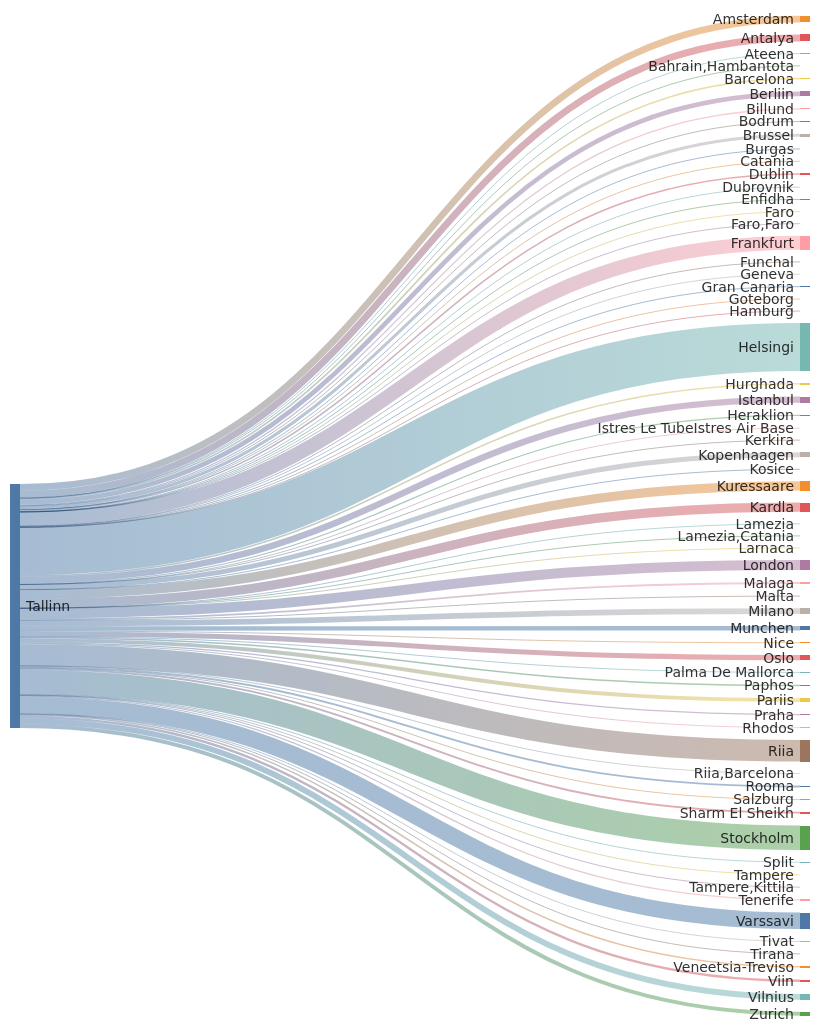
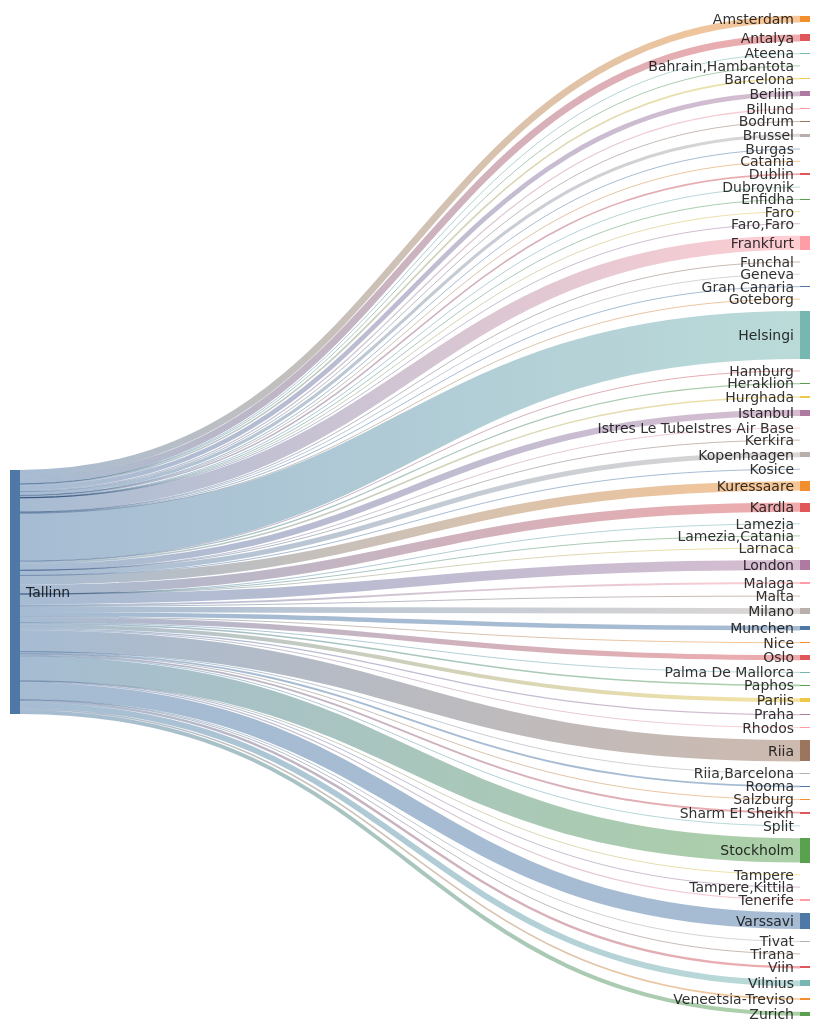
The second of 2 diagrams in README.md (rainermesi/tll-airport-departures), drawn with Mermaid before and after one commit. The commit also changed other lines of this file, not shown here.

````diff
--- a/README.md
+++ b/README.md
@@ -34,77 +34,77 @@
 ```mermaid
 ---
 config:
   sankey:
     showValues: false
     width: 800
     height: 1000
 ---
 sankey-beta
 %% source,target,value
-Tallinn,Amsterdam,263
-Tallinn,Antalya,272
+Tallinn,Amsterdam,265
+Tallinn,Antalya,273
 Tallinn,Ateena,16
 Tallinn,"Bahrain,Hambantota",1
-Tallinn,Barcelona,64
-Tallinn,Berliin,182
+Tallinn,Barcelona,65
+Tallinn,Berliin,183
 Tallinn,Billund,49
 Tallinn,Bodrum,11
-Tallinn,Brussel,119
+Tallinn,Brussel,120
 Tallinn,Burgas,21
 Tallinn,Catania,2
-Tallinn,Dublin,61
+Tallinn,Dublin,62
 Tallinn,Dubrovnik,21
 Tallinn,Enfidha,7
 Tallinn,Faro,4
 Tallinn,"Faro,Faro",1
-Tallinn,Frankfurt,554
+Tallinn,Frankfurt,557
 Tallinn,Funchal,5
 Tallinn,Geneva,10
 Tallinn,Gran Canaria,32
 Tallinn,Goteborg,1
 Tallinn,Hamburg,1
-Tallinn,Helsingi,1874
+Tallinn,Helsingi,1883
 Tallinn,Heraklion,46
 Tallinn,Hurghada,60
-Tallinn,Istanbul,249
+Tallinn,Istanbul,251
 Tallinn,Istres Le TubeIstres Air Base,2
 Tallinn,Kerkira,4
-Tallinn,Kopenhaagen,198
+Tallinn,Kopenhaagen,199
 Tallinn,Kosice,1
-Tallinn,Kuressaare,363
-Tallinn,Kardla,363
+Tallinn,Kuressaare,365
+Tallinn,Kardla,365
 Tallinn,Lamezia,1
 Tallinn,"Lamezia,Catania",3
 Tallinn,Larnaca,4
-Tallinn,London,392
+Tallinn,London,393
 Tallinn,Malaga,73
 Tallinn,Malta,15
-Tallinn,Milano,223
+Tallinn,Milano,224
 Tallinn,Munchen,174
 Tallinn,Nice,25
-Tallinn,Oslo,200
+Tallinn,Oslo,201
 Tallinn,Palma De Mallorca,19
-Tallinn,Paphos,59
-Tallinn,Pariis,150
+Tallinn,Paphos,60
+Tallinn,Pariis,151
 Tallinn,Praha,49
 Tallinn,Rhodos,32
-Tallinn,Riia,840
+Tallinn,Riia,844
 Tallinn,"Riia,Barcelona",1
 Tallinn,Rooma,74
 Tallinn,Salzburg,11
-Tallinn,Sharm El Sheikh,73
+Tallinn,Sharm El Sheikh,75
 Tallinn,Split,25
-Tallinn,Stockholm,951
+Tallinn,Stockholm,956
 Tallinn,Tampere,17
 Tallinn,"Tampere,Kittila",15
-Tallinn,Tenerife,48
+Tallinn,Tenerife,49
 Tallinn,Tirana,8
 Tallinn,Tivat,26
-Tallinn,Varssavi,646
+Tallinn,Varssavi,649
 Tallinn,Veneetsia-Treviso,61
-Tallinn,Viin,96
-Tallinn,Vilnius,229
-Tallinn,Zurich,154
+Tallinn,Viin,97
+Tallinn,Vilnius,230
+Tallinn,Zurich,155
 
 
 ```
````
